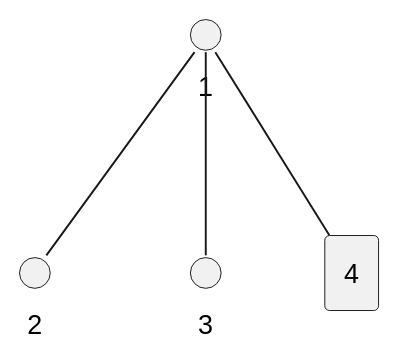
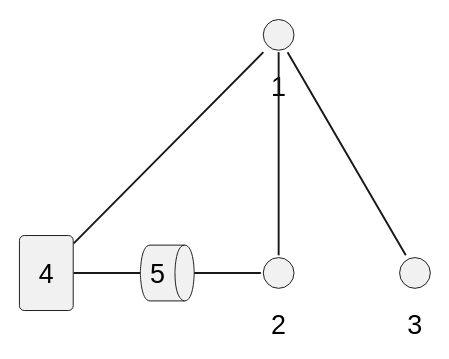
Before and after one commit to wiloon/blog: the fifth of 7 diagrams in content/post/archive-3/plantuml.md, drawn with PlantUML. The commit also changed 1 other file, not shown here.

Commit message:
plantuml

````diff
--- a/content/post/archive-3/plantuml.md
+++ b/content/post/archive-3/plantuml.md
@@ -156,13 +156,16 @@
 ```puml
 @startuml
 circle 1
 circle 2
 circle 3
 agent 4
 
 1 -- 2
 1 -- 3
 1 -- 4
 
+queue 5
+4 -right- 5
+5 -right-2
 @enduml
 ```
````
